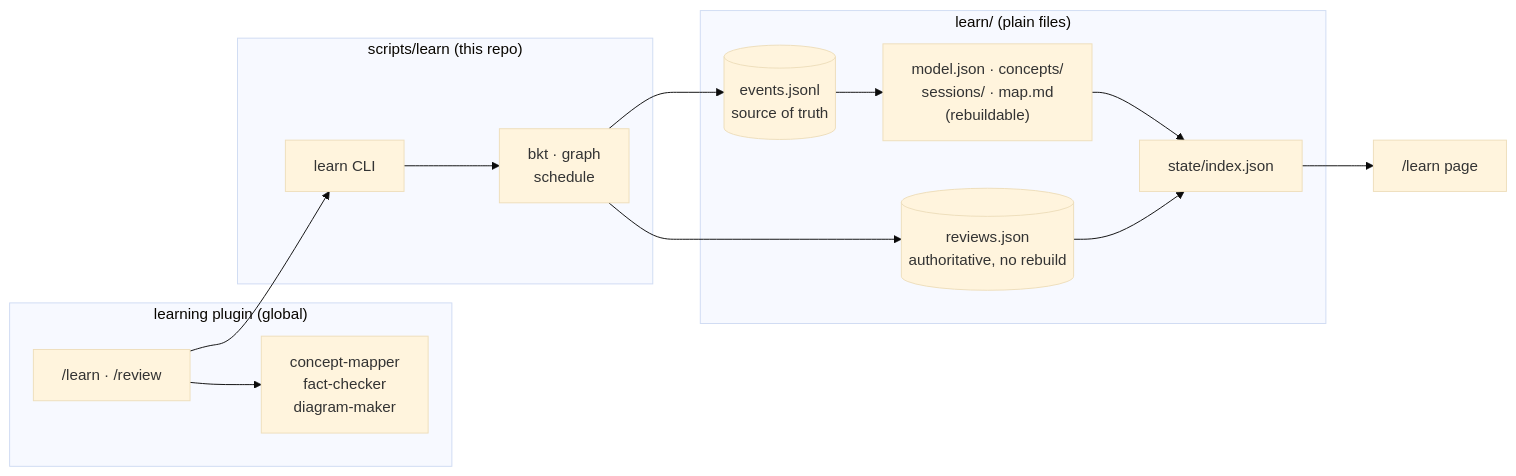
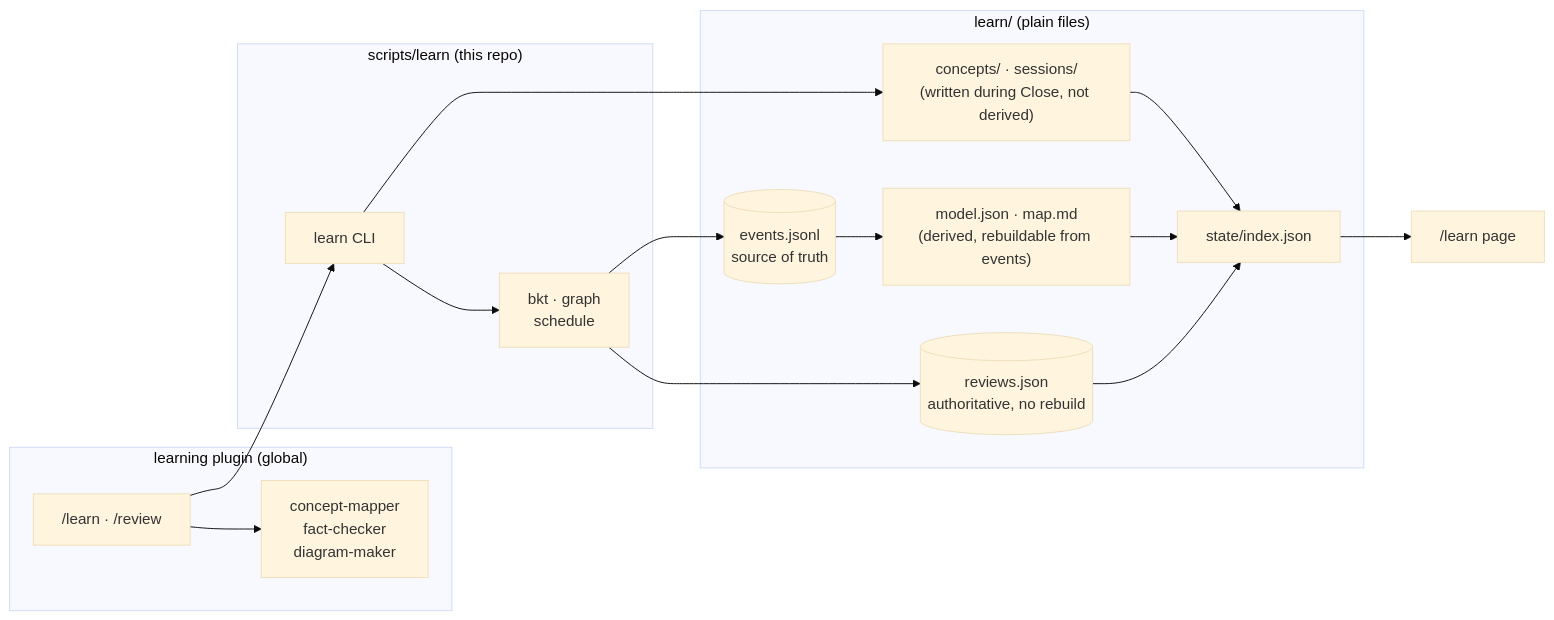
One commit to c-wenlong/gnosia-learn changed the diagram in README.md. Above: the diagram before and after it, drawn with Mermaid (base theme).

Commit message:
Separate study records from derived caches in the README diagram
The previous fix moved reviews.json out of the derived node but left
concepts/ and sessions/ inside it under a "rebuildable" label. Concept
notes are durable knowledge written during Close and session files are
live logs; neither is derived from the event log, and the label invited
deleting them. Only model.json, index.json and map.md are caches.

The diagram now has three kinds of file: records the CLI writes
(concepts/, sessions/), caches derived from events (model.json, map.md),
and the review schedule, which is authoritative with no rebuild path.
All three feed the index the /learn page reads.

````diff
--- a/README.md
+++ b/README.md
@@ -111,27 +111,30 @@
 ```mermaid
 flowchart LR
     subgraph PLUGIN["learning plugin (global)"]
         SK["/learn · /review"]
         AG["concept-mapper<br/>fact-checker<br/>diagram-maker"]
     end
     subgraph CODE["scripts/learn (this repo)"]
         C["learn CLI"]
         LIB["bkt · graph<br/>schedule"]
     end
     subgraph KB["learn/ (plain files)"]
         EV[("events.jsonl<br/>source of truth")]
-        DER["model.json · concepts/<br/>sessions/ · map.md<br/>(rebuildable)"]
+        REC["concepts/ · sessions/<br/>(written during Close, not derived)"]
+        DER["model.json · map.md<br/>(derived, rebuildable from events)"]
         REV[("reviews.json<br/>authoritative, no rebuild")]
         IDX["state/index.json"]
     end
     WEB["/learn page"]
     SK --> AG
     SK --> C
     C --> LIB
+    C --> REC
     LIB --> EV
     LIB --> REV
     EV --> DER
+    REC --> IDX
     DER --> IDX
     REV --> IDX
     IDX --> WEB
 ```
````
